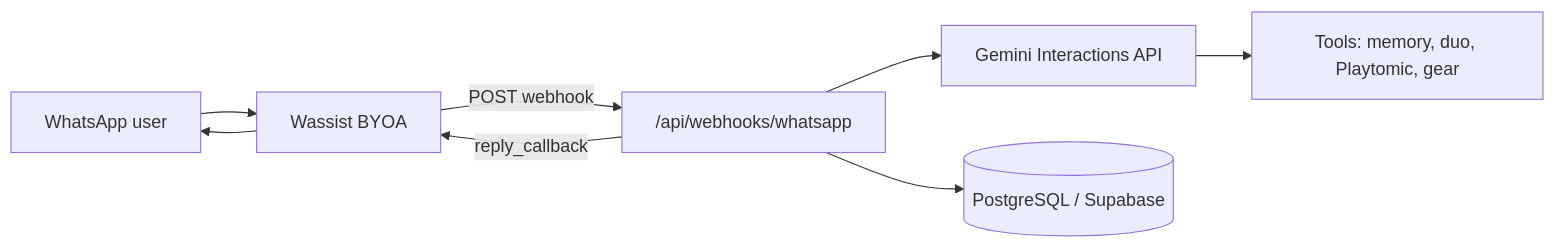
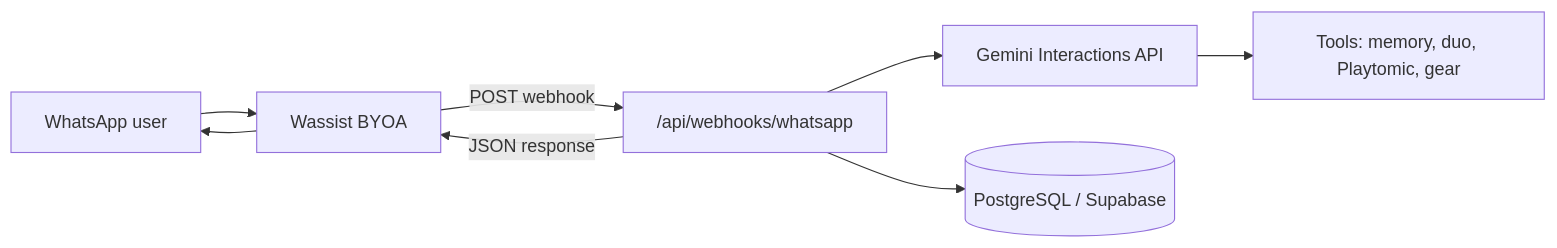
The diagram in README.md (trenchsheikh/lobsmash-whatsapp), drawn with Mermaid before and after one commit. The commit also changed other lines of this file and 4 other files, not shown here.

````diff
--- a/README.md
+++ b/README.md
@@ -26,10 +26,10 @@
 ```mermaid
 flowchart LR
   WA[WhatsApp user] --> Wassist[Wassist BYOA]
   Wassist -->|POST webhook| API["/api/webhooks/whatsapp"]
-  API -->|reply_callback| Wassist
+  API -->|JSON response| Wassist
   API --> Gemini[Gemini Interactions API]
   API --> DB[(PostgreSQL / Supabase)]
   Gemini --> Tools[Tools: memory, duo, Playtomic, gear]
   Wassist --> WA
 ```
````
